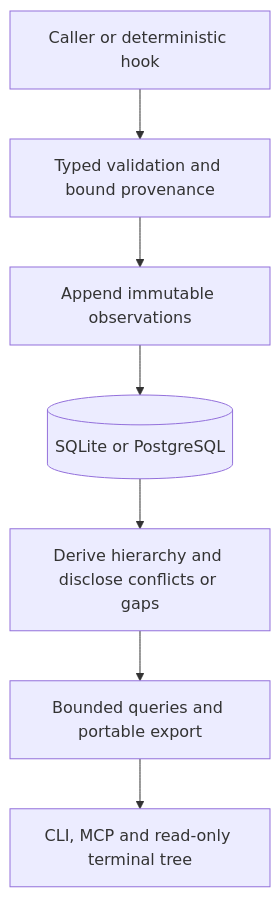
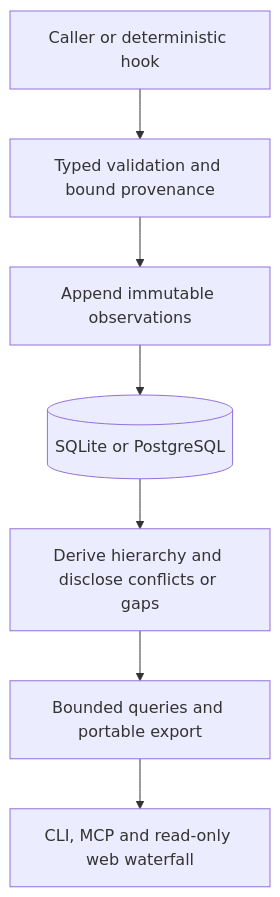
Before and after one commit to warrenronsiek/nexus: the diagram in docs/features/work-history.md, drawn with Mermaid. The commit also changed other lines of this file and 218 other files, not shown here.

Commit message:
Replace terminal dashboard with authenticated Elm and D3 web UI

````diff
--- a/docs/features/work-history.md
+++ b/docs/features/work-history.md
@@ -21,9 +21,9 @@
 ```mermaid
 flowchart TD
     C[Caller or deterministic hook] --> V[Typed validation and bound provenance]
     V --> O[Append immutable observations]
     O --> D[(SQLite or PostgreSQL)]
     D --> P[Derive hierarchy and disclose conflicts or gaps]
     P --> Q[Bounded queries and portable export]
-    Q --> U[CLI, MCP and read-only terminal tree]
+    Q --> U[CLI, MCP and read-only web waterfall]
 ```
````
